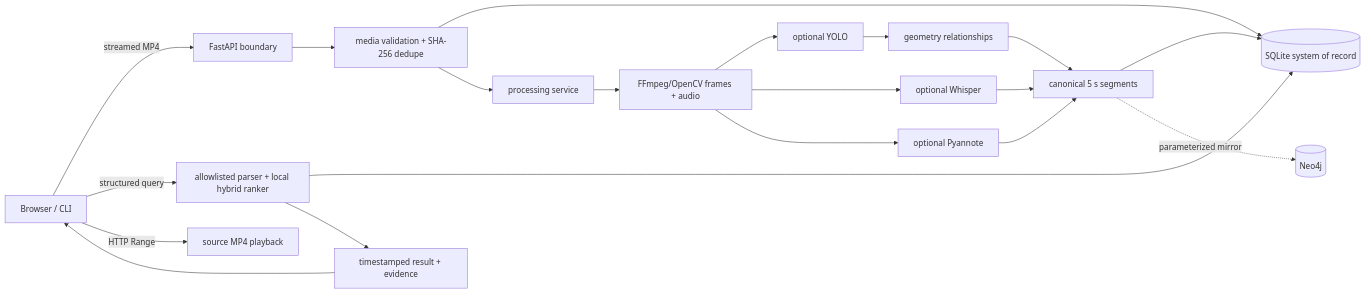
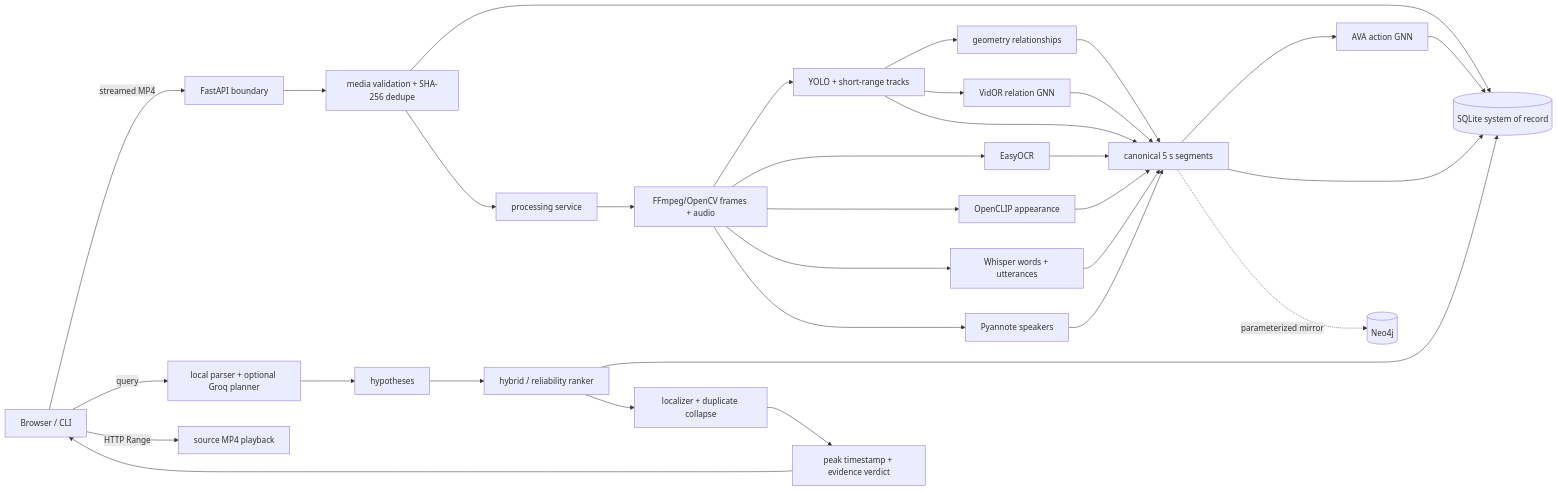
One commit to 0ri3nt/VidQuery changed the diagram in docs/ARCHITECTURE.md. Above: the diagram before and after it, drawn with Mermaid. The commit also changed other lines of this file and 13 other files, not shown here.

````diff
--- a/docs/ARCHITECTURE.md
+++ b/docs/ARCHITECTURE.md
@@ -5,22 +5,34 @@
 ```mermaid
 flowchart LR
     U[Browser / CLI] -->|streamed MP4| A[FastAPI boundary]
     A --> V[media validation + SHA-256 dedupe]
     V --> S[(SQLite system of record)]
     V --> P[processing service]
     P --> F[FFmpeg/OpenCV frames + audio]
-    F --> Y[optional YOLO]
-    F --> W[optional Whisper]
-    F --> D[optional Pyannote]
+    F --> Y[YOLO + short-range tracks]
+    F --> O[EasyOCR]
+    F --> AP[OpenCLIP appearance]
+    F --> W[Whisper words + utterances]
+    F --> D[Pyannote speakers]
     Y --> G[geometry relationships]
-    W --> C[canonical 5 s segments]
+    Y --> VR[VidOR relation GNN]
+    Y --> C[canonical 5 s segments]
+    O --> C
+    AP --> C
+    W --> C
     D --> C
     G --> C
+    VR --> C
+    C --> AG[AVA action GNN]
+    AG --> S
     C --> S
     C -. parameterized mirror .-> N[(Neo4j)]
-    U -->|structured query| Q[allowlisted parser + local hybrid ranker]
-    Q --> S
-    Q --> R[timestamped result + evidence]
+    U -->|query| Q[local parser + optional Groq planner]
+    Q --> H[hypotheses]
+    H --> K[hybrid / reliability ranker]
+    K --> S
+    K --> L[localizer + duplicate collapse]
+    L --> R[peak timestamp + evidence verdict]
     R --> U
     U -->|HTTP Range| M[source MP4 playback]
 ```
````
